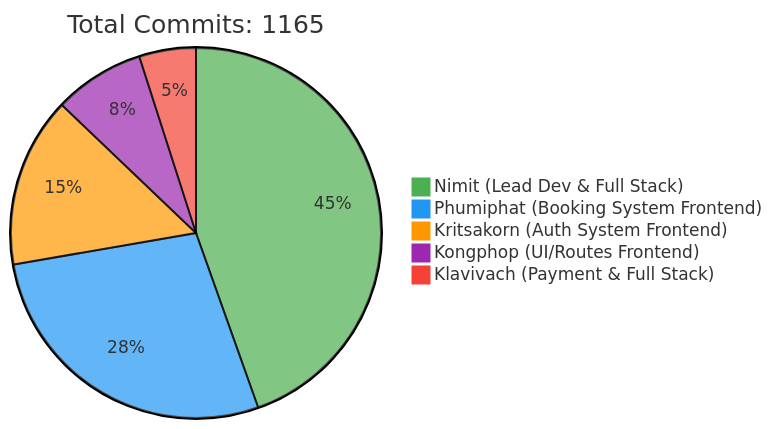
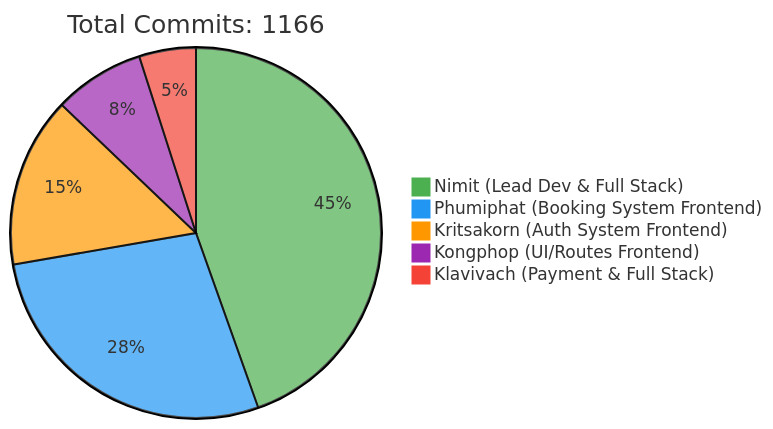
Before and after one commit to 6531503042/Sport-Complex: the first of 2 diagrams in README.md, drawn with Mermaid. The commit also changed other lines of this file, not shown here.

Commit message:
docs: Update contributor statistics [skip ci]

````diff
--- a/README.md
+++ b/README.md
@@ -257,10 +257,10 @@
 ```mermaid
 %%{init: {'theme': 'base', 'themeVariables': { 'pie1': '#4CAF50', 'pie2': '#2196F3', 'pie3': '#FF9800', 'pie4': '#9C27B0', 'pie5': '#F44336'}}}%%
 pie
-    title Total Commits: 1165
+    title Total Commits: 1166
     "Nimit (Lead Dev & Full Stack)" : 450
     "Phumiphat (Booking System Frontend)" : 280
     "Kritsakorn (Auth System Frontend)" : 150
     "Kongphop (UI/Routes Frontend)" : 80
     "Klavivach (Payment & Full Stack)" : 50
 ```
````
